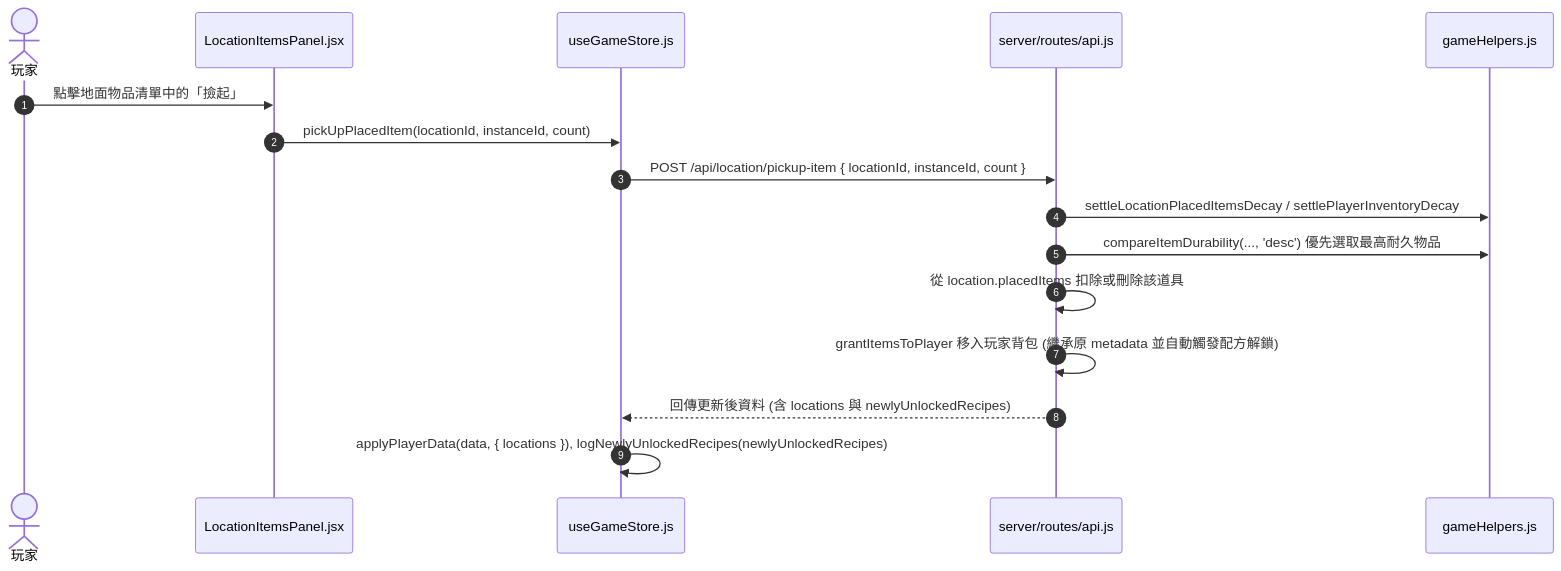
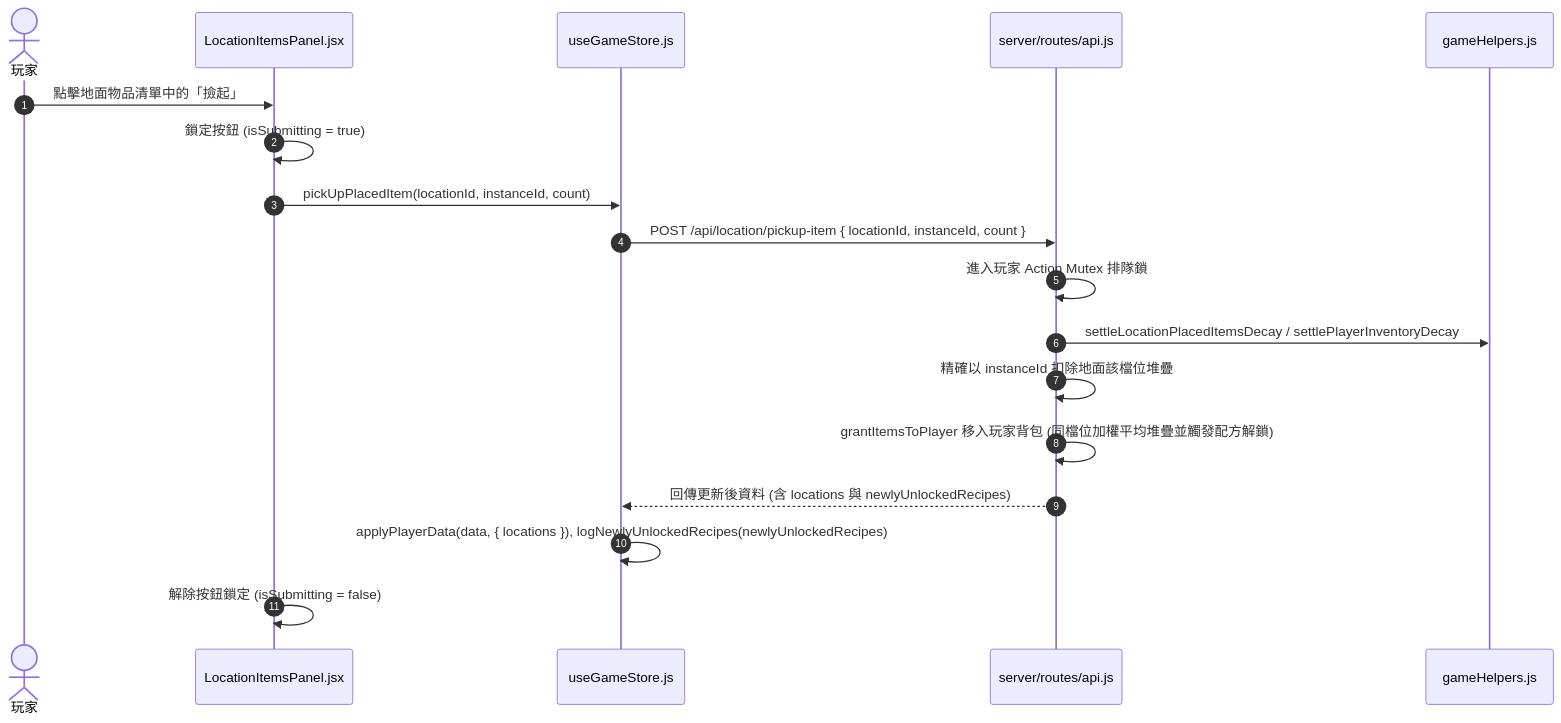
Before and after one commit to csiehsu/Aether-Immersion: diagram 13 of 16 in README.md, drawn with Mermaid. The commit also changed other lines of this file and 7 other files, not shown here.

````diff
--- a/README.md
+++ b/README.md
@@ -701,19 +716,21 @@
 ```mermaid
 sequenceDiagram
     autonumber
     actor Player as 玩家
     participant View as LocationItemsPanel.jsx
     participant Store as useGameStore.js
     participant API as server/routes/api.js
     participant Helper as gameHelpers.js
 
     Player->>View: 點擊地面物品清單中的「撿起」
+    View->>View: 鎖定按鈕 (isSubmitting = true)
     View->>Store: pickUpPlacedItem(locationId, instanceId, count)
     Store->>API: POST /api/location/pickup-item { locationId, instanceId, count }
+    API->>API: 進入玩家 Action Mutex 排隊鎖
     API->>Helper: settleLocationPlacedItemsDecay / settlePlayerInventoryDecay
-    API->>Helper: compareItemDurability(..., 'desc') 優先選取最高耐久物品
-    API->>API: 從 location.placedItems 扣除或刪除該道具
-    API->>API: grantItemsToPlayer 移入玩家背包 (繼承原 metadata 並自動觸發配方解鎖)
+    API->>API: 精確以 instanceId 扣除地面該檔位堆疊
+    API->>API: grantItemsToPlayer 移入玩家背包 (同檔位加權平均堆疊並觸發配方解鎖)
     API-->>Store: 回傳更新後資料 (含 locations 與 newlyUnlockedRecipes)
     Store->>Store: applyPlayerData(data, { locations }), logNewlyUnlockedRecipes(newlyUnlockedRecipes)
+    View->>View: 解除按鈕鎖定 (isSubmitting = false)
 ```
````
